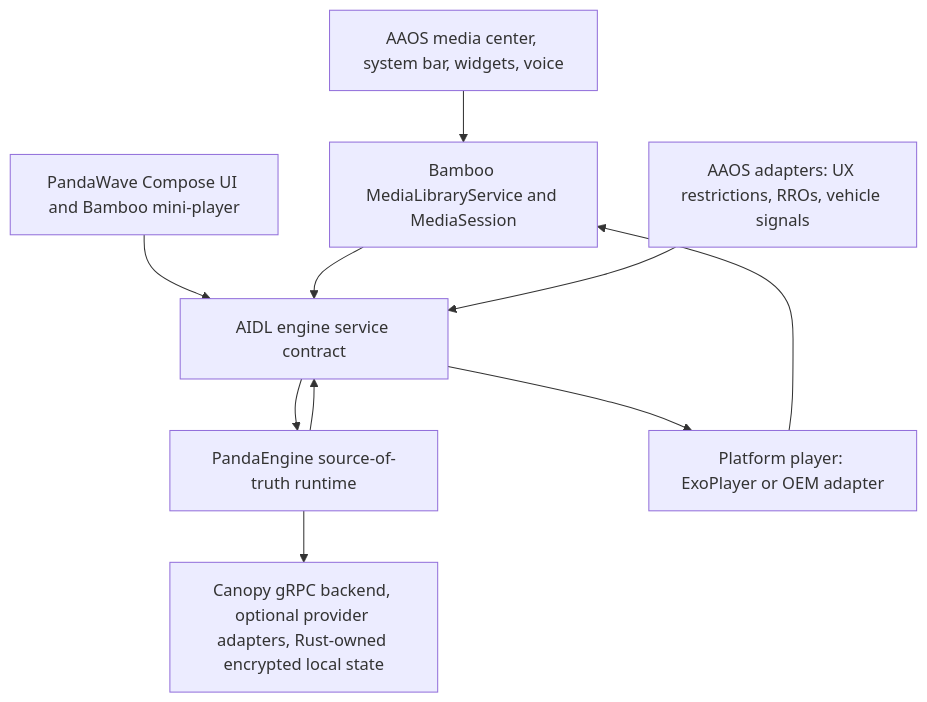
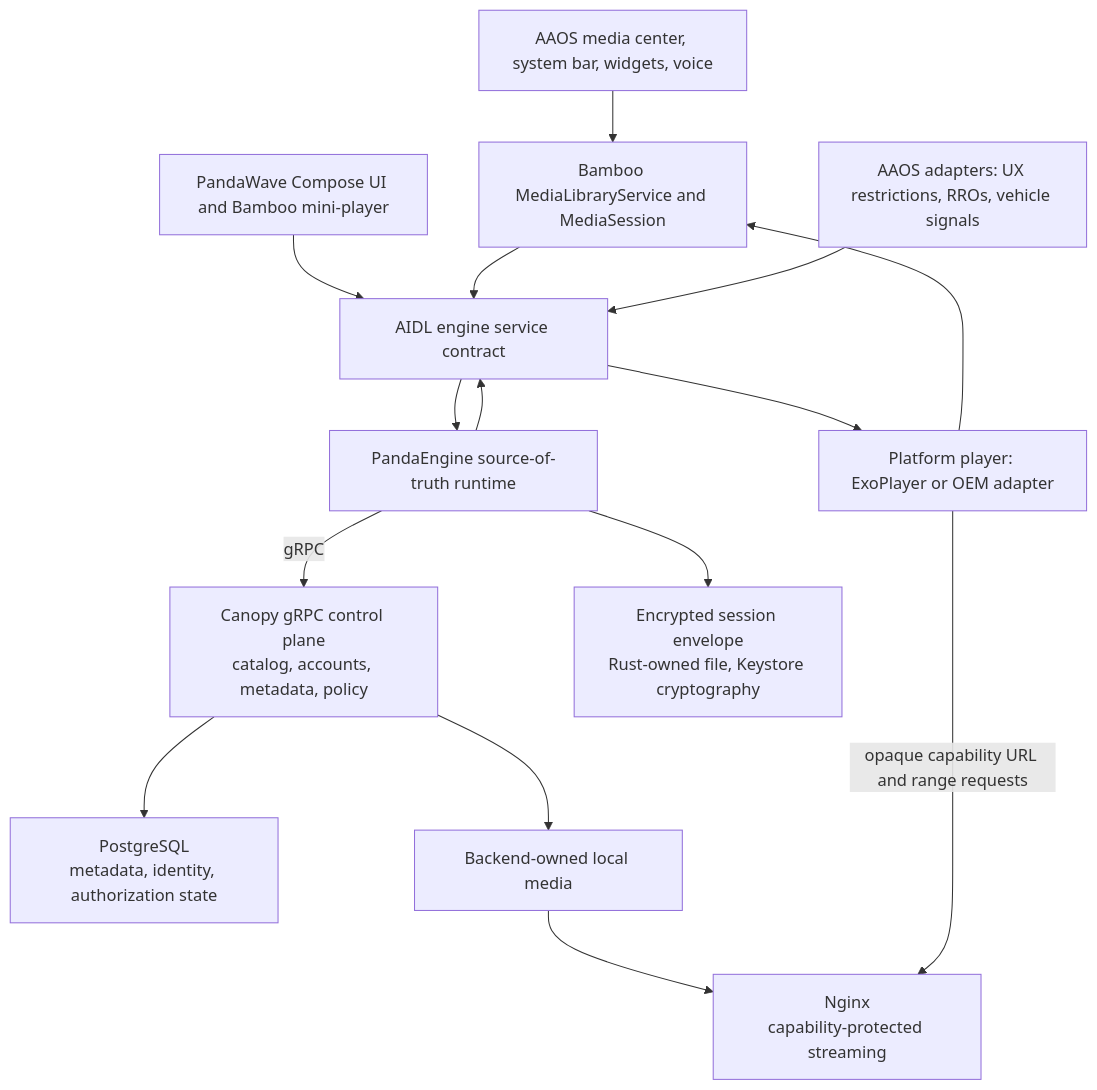
The diagram in docs/architecture-roadmap.md (adrianrusu16/Media-App), drawn with Mermaid before and after one commit. The commit also changed other lines of this file and 29 other files, not shown here.

````diff
--- a/docs/architecture-roadmap.md
+++ b/docs/architecture-roadmap.md
@@ -22,21 +24,30 @@
 ```mermaid
 flowchart TD
     System["AAOS media center, system bar, widgets, voice"]
     Compose["PandaWave Compose UI and Bamboo mini-player"]
     Media3["Bamboo MediaLibraryService and MediaSession"]
     Car["AAOS adapters: UX restrictions, RROs, vehicle signals"]
     Aidl["AIDL engine service contract"]
     Rust["PandaEngine source-of-truth runtime"]
-    Data["Canopy gRPC backend, optional provider adapters, Rust-owned encrypted local state"]
+    Canopy["Canopy gRPC control plane\ncatalog, accounts, metadata, policy"]
+    Postgres["PostgreSQL\nmetadata, identity, authorization state"]
+    ManagedMedia["Backend-owned local media"]
+    Nginx["Nginx\ncapability-protected streaming"]
+    Session["Encrypted session envelope\nRust-owned file, Keystore cryptography"]
     Player["Platform player: ExoPlayer or OEM adapter"]
 
     System --> Media3
     Compose --> Aidl
     Media3 --> Aidl
     Car --> Aidl
     Aidl --> Rust
-    Rust --> Data
+    Rust -->|gRPC| Canopy
+    Canopy --> Postgres
+    Canopy --> ManagedMedia
+    ManagedMedia --> Nginx
+    Rust --> Session
     Rust --> Aidl
     Aidl --> Player
+    Player -->|opaque capability URL and range requests| Nginx
     Player --> Media3
 ```
````
